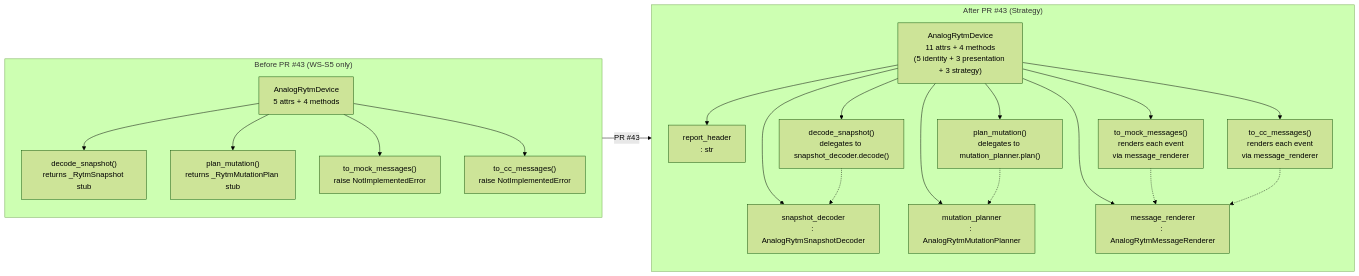
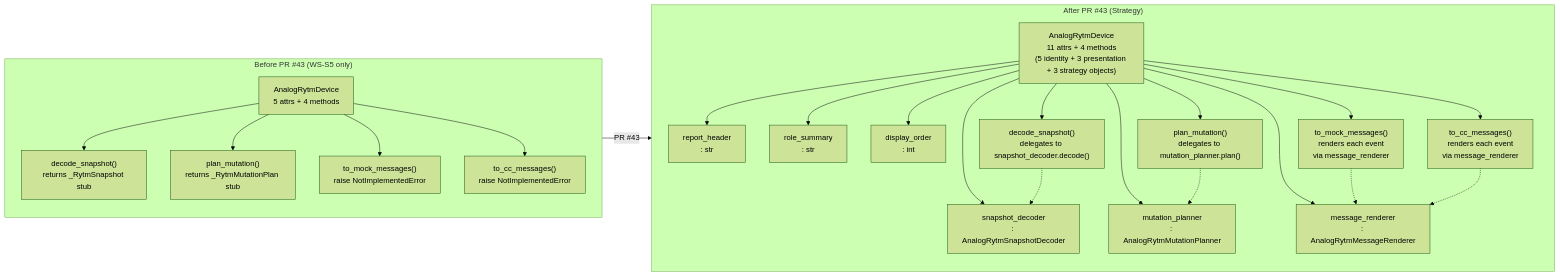
One commit to buzzijose-hub/RytmRandomizer changed the fifth of 35 diagrams in docs/ARCHITECTURE_DIAGRAMS.md. Above: the diagram before and after it, drawn with Mermaid (forest theme). The commit also changed other lines of this file and 5 other files, not shown here.

````diff
--- a/docs/ARCHITECTURE_DIAGRAMS.md
+++ b/docs/ARCHITECTURE_DIAGRAMS.md
@@ -531,45 +532,49 @@
 ```mermaid
 flowchart LR
     subgraph Before["Before PR #43 (WS-S5 only)"]
         OldDev["AnalogRytmDevice<br/>5 attrs + 4 methods"]
         OldDS["decode_snapshot()<br/>returns _RytmSnapshot stub"]
         OldPM["plan_mutation()<br/>returns _RytmMutationPlan stub"]
         OldTM["to_mock_messages()<br/>raise NotImplementedError"]
         OldTC["to_cc_messages()<br/>raise NotImplementedError"]
 
         OldDev --> OldDS
         OldDev --> OldPM
         OldDev --> OldTM
         OldDev --> OldTC
     end
 
     subgraph After["After PR #43 (Strategy)"]
-        NewDev["AnalogRytmDevice<br/>11 attrs + 4 methods<br/>(5 identity + 3 presentation + 3 strategy)"]
+        NewDev["AnalogRytmDevice<br/>11 attrs + 4 methods<br/>(5 identity + 3 presentation + 3 strategy objects)"]
 
         SD["snapshot_decoder<br/>: AnalogRytmSnapshotDecoder"]
         MP["mutation_planner<br/>: AnalogRytmMutationPlanner"]
         MR["message_renderer<br/>: AnalogRytmMessageRenderer"]
         RH["report_header<br/>: str"]
+        RS["role_summary<br/>: str"]
+        DO["display_order<br/>: int"]
 
         Conv1["decode_snapshot()<br/>delegates to snapshot_decoder.decode()"]
         Conv2["plan_mutation()<br/>delegates to mutation_planner.plan()"]
         Conv3["to_mock_messages()<br/>renders each event<br/>via message_renderer"]
         Conv4["to_cc_messages()<br/>renders each event<br/>via message_renderer"]
 
         NewDev --> SD
         NewDev --> MP
         NewDev --> MR
         NewDev --> RH
+        NewDev --> RS
+        NewDev --> DO
         NewDev --> Conv1
         NewDev --> Conv2
         NewDev --> Conv3
         NewDev --> Conv4
 
         Conv1 -.-> SD
         Conv2 -.-> MP
         Conv3 -.-> MR
         Conv4 -.-> MR
     end
 
     Before -->|"PR #43"| After
 ```
````
